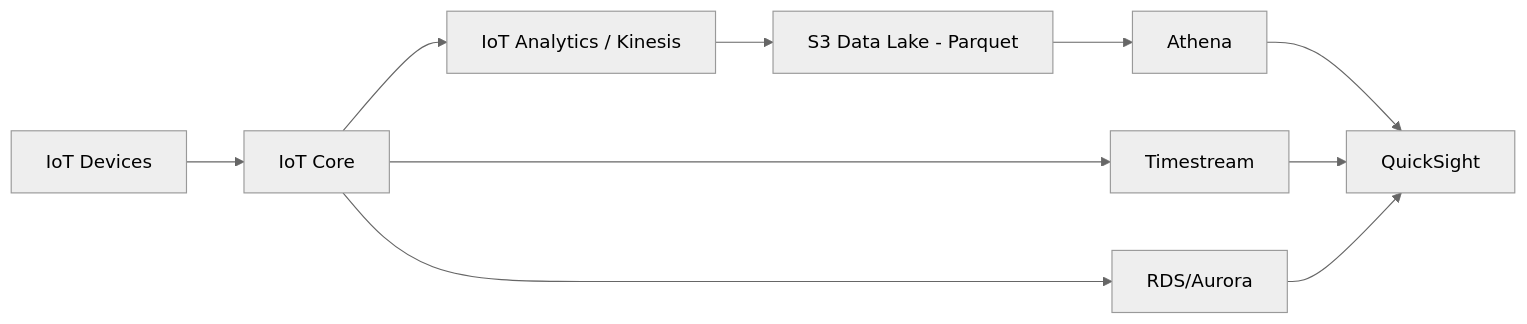
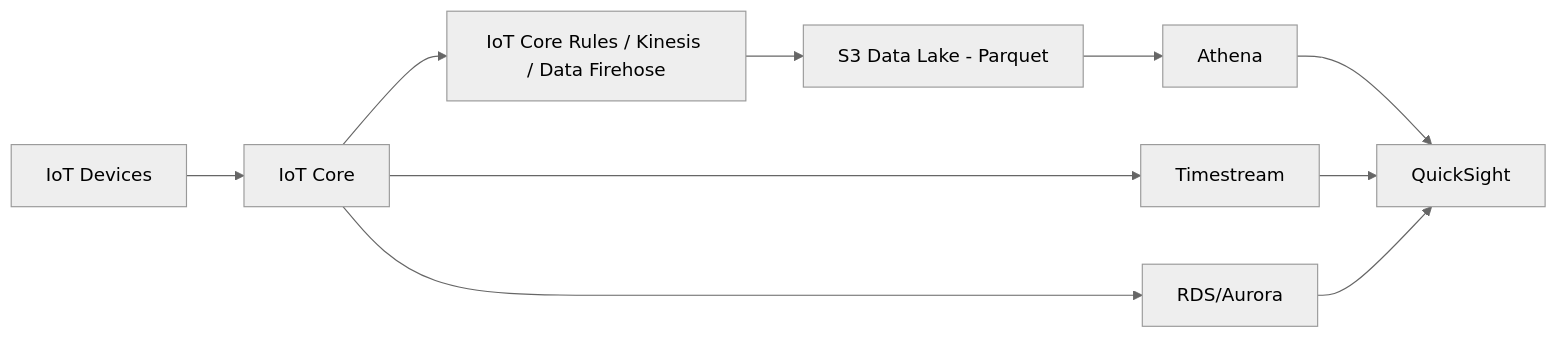
One commit to OneUptime/blog changed the first of 2 diagrams in posts/2026-02-12-build-an-iot-dashboard-with-quicksight/README.md. Above: the diagram before and after it, drawn with Mermaid (neutral theme). The commit also changed other lines of this file and 2 other files, not shown here.

````diff
--- a/posts/2026-02-12-build-an-iot-dashboard-with-quicksight/README.md
+++ b/posts/2026-02-12-build-an-iot-dashboard-with-quicksight/README.md
@@ -19,12 +19,12 @@
 ```mermaid
 graph LR
     A[IoT Devices] --> B[IoT Core]
-    B --> C[IoT Analytics / Kinesis]
+    B --> C[IoT Core Rules / Kinesis / Data Firehose]
     C --> D[S3 Data Lake - Parquet]
     D --> E[Athena]
     E --> F[QuickSight]
     B --> G[Timestream]
     G --> F
     B --> H[RDS/Aurora]
     H --> F
 ```
````
